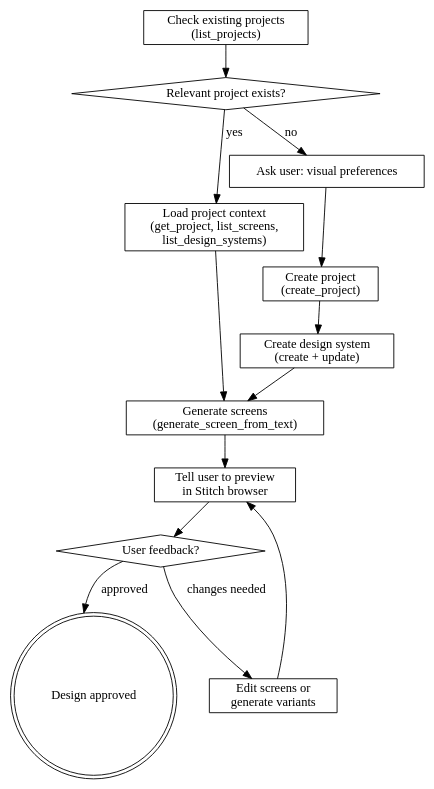
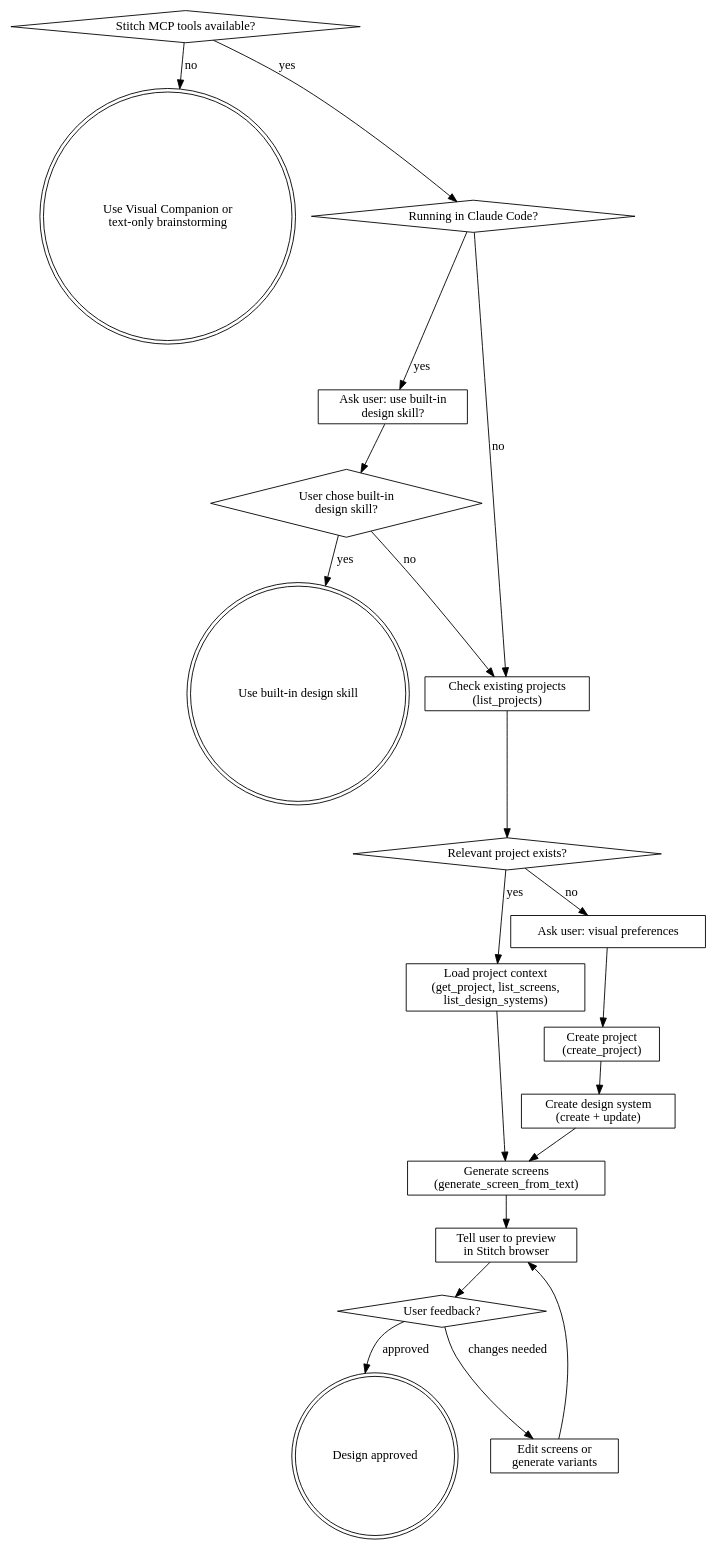
One commit to andybrandt/superartes changed the diagram in skills/using-stitch/SKILL.md. Above: the diagram before and after it, drawn with Graphviz. The commit also changed other lines of this file and 7 other files, not shown here.

First line of the commit message:
v1.4.5 - update Codex and Stitch skill flows

````diff
--- a/skills/using-stitch/SKILL.md
+++ b/skills/using-stitch/SKILL.md
@@ -16,28 +18,41 @@
 ```dot
 digraph stitch_flow {
+    "Stitch MCP tools available?" [shape=diamond];
+    "Use Visual Companion or\ntext-only brainstorming" [shape=doublecircle];
+    "Running in Claude Code?" [shape=diamond];
+    "Ask user: use built-in\ndesign skill?" [shape=box];
+    "User chose built-in\ndesign skill?" [shape=diamond];
+    "Use built-in design skill" [shape=doublecircle];
     "Check existing projects\n(list_projects)" [shape=box];
     "Relevant project exists?" [shape=diamond];
     "Load project context\n(get_project, list_screens,\nlist_design_systems)" [shape=box];
     "Ask user: visual preferences" [shape=box];
     "Create project\n(create_project)" [shape=box];
     "Create design system\n(create + update)" [shape=box];
     "Generate screens\n(generate_screen_from_text)" [shape=box];
     "Tell user to preview\nin Stitch browser" [shape=box];
     "User feedback?" [shape=diamond];
     "Edit screens or\ngenerate variants" [shape=box];
     "Design approved" [shape=doublecircle];
 
+    "Stitch MCP tools available?" -> "Use Visual Companion or\ntext-only brainstorming" [label="no"];
+    "Stitch MCP tools available?" -> "Running in Claude Code?" [label="yes"];
+    "Running in Claude Code?" -> "Ask user: use built-in\ndesign skill?" [label="yes"];
+    "Running in Claude Code?" -> "Check existing projects\n(list_projects)" [label="no"];
+    "Ask user: use built-in\ndesign skill?" -> "User chose built-in\ndesign skill?";
+    "User chose built-in\ndesign skill?" -> "Use built-in design skill" [label="yes"];
+    "User chose built-in\ndesign skill?" -> "Check existing projects\n(list_projects)" [label="no"];
     "Check existing projects\n(list_projects)" -> "Relevant project exists?";
     "Relevant project exists?" -> "Load project context\n(get_project, list_screens,\nlist_design_systems)" [label="yes"];
     "Relevant project exists?" -> "Ask user: visual preferences" [label="no"];
     "Load project context\n(get_project, list_screens,\nlist_design_systems)" -> "Generate screens\n(generate_screen_from_text)";
     "Ask user: visual preferences" -> "Create project\n(create_project)";
     "Create project\n(create_project)" -> "Create design system\n(create + update)" ;
     "Create design system\n(create + update)" -> "Generate screens\n(generate_screen_from_text)";
     "Generate screens\n(generate_screen_from_text)" -> "Tell user to preview\nin Stitch browser";
     "Tell user to preview\nin Stitch browser" -> "User feedback?";
     "User feedback?" -> "Edit screens or\ngenerate variants" [label="changes needed"];
     "User feedback?" -> "Design approved" [label="approved"];
     "Edit screens or\ngenerate variants" -> "Tell user to preview\nin Stitch browser";
 }
 ```
````
